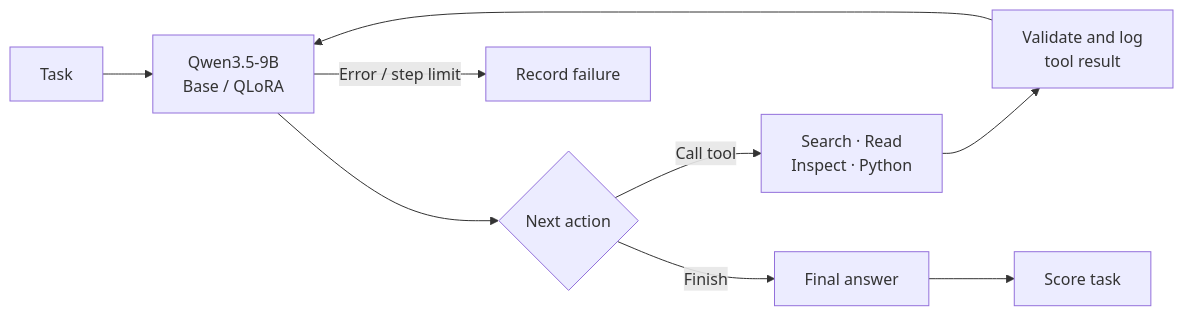
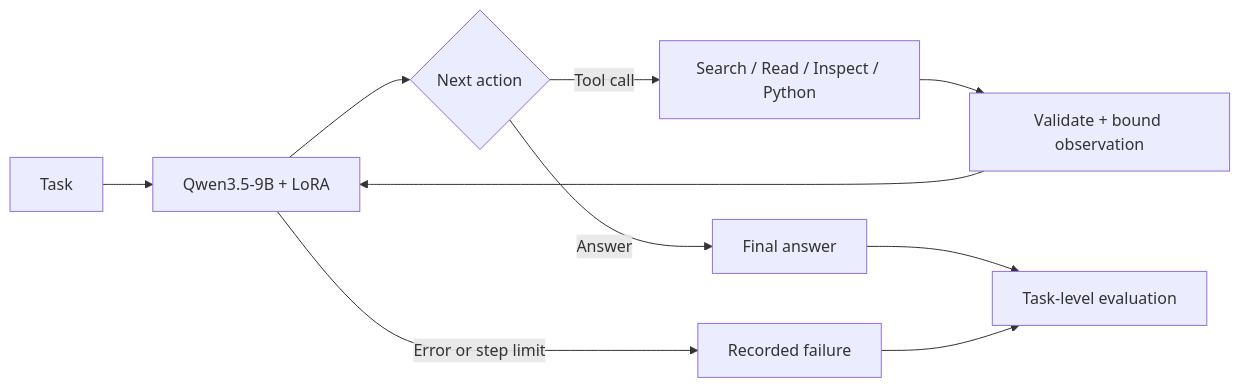
The diagram in README.md (kolihhan/small-agent-qlora), drawn with Mermaid before and after one commit. The commit also changed other lines of this file, not shown here.

````diff
--- a/README.md
+++ b/README.md
@@ -55,11 +110,12 @@
 ```mermaid
 flowchart LR
-    Q["Task"] --> M["Qwen3.5-9B<br/>Base / QLoRA"]
-    M --> A{"Next action"}
-    A -->|"Call tool"| T["Search · Read<br/>Inspect · Python"]
-    T --> O["Validate and log<br/>tool result"]
-    O --> M
-    A -->|"Finish"| F["Final answer"]
-    F --> S["Score task"]
-    M -->|"Error / step limit"| E["Record failure"]
+    Q[Task] --> M[Qwen3.5-9B + LoRA]
+    M --> A{Next action}
+    A -->|Tool call| T[Search / Read / Inspect / Python]
+    T --> V[Validate + bound observation]
+    V --> M
+    A -->|Answer| F[Final answer]
+    M -->|Error or step limit| X[Recorded failure]
+    F --> E[Task-level evaluation]
+    X --> E
 ```
````
